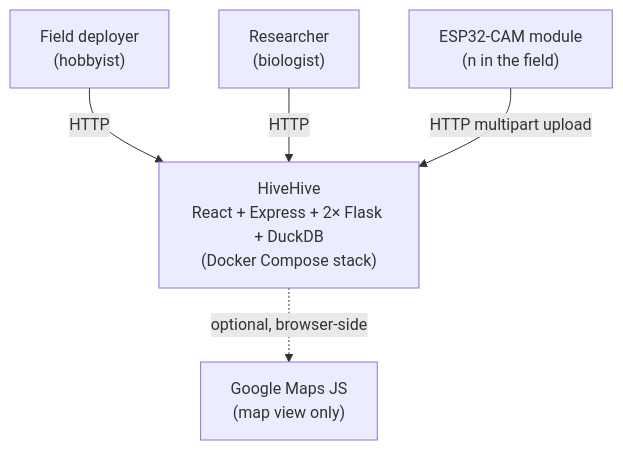
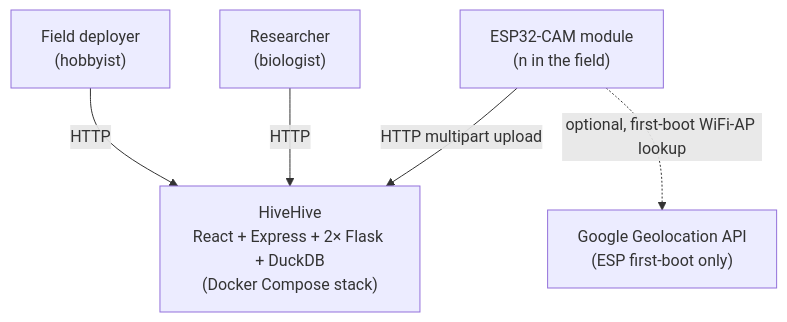
One commit to schutera/highfive changed the diagram in docs/03-context-and-scope/README.md. Above: the diagram before and after it, drawn with Mermaid. The commit also changed other lines of this file and 19 other files, not shown here.

````diff
--- a/docs/03-context-and-scope/README.md
+++ b/docs/03-context-and-scope/README.md
@@ -8,13 +8,13 @@
 ```mermaid
 flowchart TD
     Deployer["Field deployer<br/>(hobbyist)"]
     Researcher["Researcher<br/>(biologist)"]
     HiveHive["HiveHive<br/>React + Express + 2× Flask + DuckDB<br/>(Docker Compose stack)"]
     ESP["ESP32-CAM module<br/>(n in the field)"]
-    Maps["Google Maps JS<br/>(map view only)"]
+    Geo["Google Geolocation API<br/>(ESP first-boot only)"]
 
     Deployer -->|HTTP| HiveHive
     Researcher -->|HTTP| HiveHive
     ESP -->|HTTP multipart upload| HiveHive
-    HiveHive -.->|optional, browser-side| Maps
+    ESP -.->|optional, first-boot WiFi-AP lookup| Geo
 ```
````
